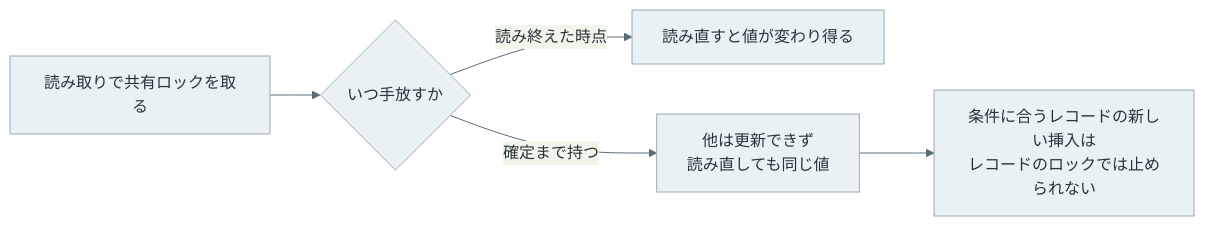
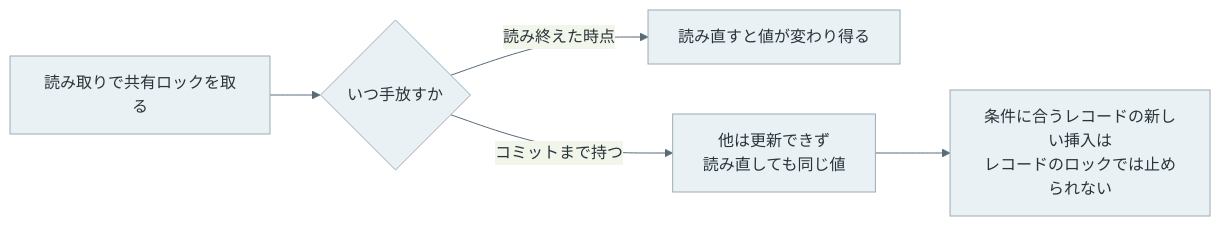
The seventh of 8 diagrams in content/notes/database-systems/transaction-isolation/index.md (nao1215/debimate), drawn with Mermaid before and after one commit. The commit also changed other lines of this file and 32 other files, not shown here.

````diff
--- a/content/notes/database-systems/transaction-isolation/index.md
+++ b/content/notes/database-systems/transaction-isolation/index.md
@@ -275,9 +275,9 @@
 ```mermaid
 %%{init: {"theme":"base","themeVariables":{"primaryColor":"#eaf1f5","primaryTextColor":"#28343b","primaryBorderColor":"#9cabb5","lineColor":"#596b76","textColor":"#28343b","actorBkg":"#eaf1f5","actorBorder":"#9cabb5","actorTextColor":"#28343b","actorLineColor":"#9cabb5","signalColor":"#596b76","signalTextColor":"#28343b","noteBkgColor":"#f7f1e5","noteBorderColor":"#c5b99b","noteTextColor":"#403c32","activationBkgColor":"#edf3ef","activationBorderColor":"#9aafa1"}}}%%
 flowchart LR
     R["読み取りで共有ロックを取る"] --> Q{"いつ手放すか"}
     Q -->|"読み終えた時点"| E["読み直すと値が変わり得る"]
-    Q -->|"確定まで持つ"| K["他は更新できず<br/>読み直しても同じ値"]
+    Q -->|"コミットまで持つ"| K["他は更新できず<br/>読み直しても同じ値"]
     K --> N["条件に合うレコードの新しい挿入は<br/>レコードのロックでは止められない"]
     classDef default fill:#eaf1f5,stroke:#9cabb5,color:#28343b;
 ```
````
